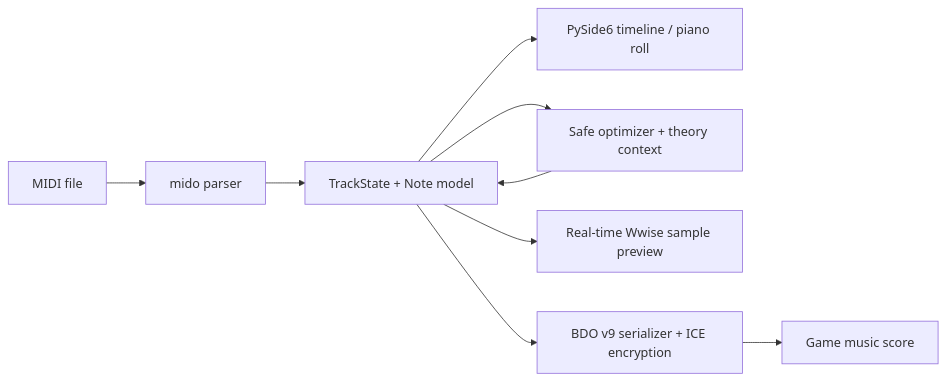
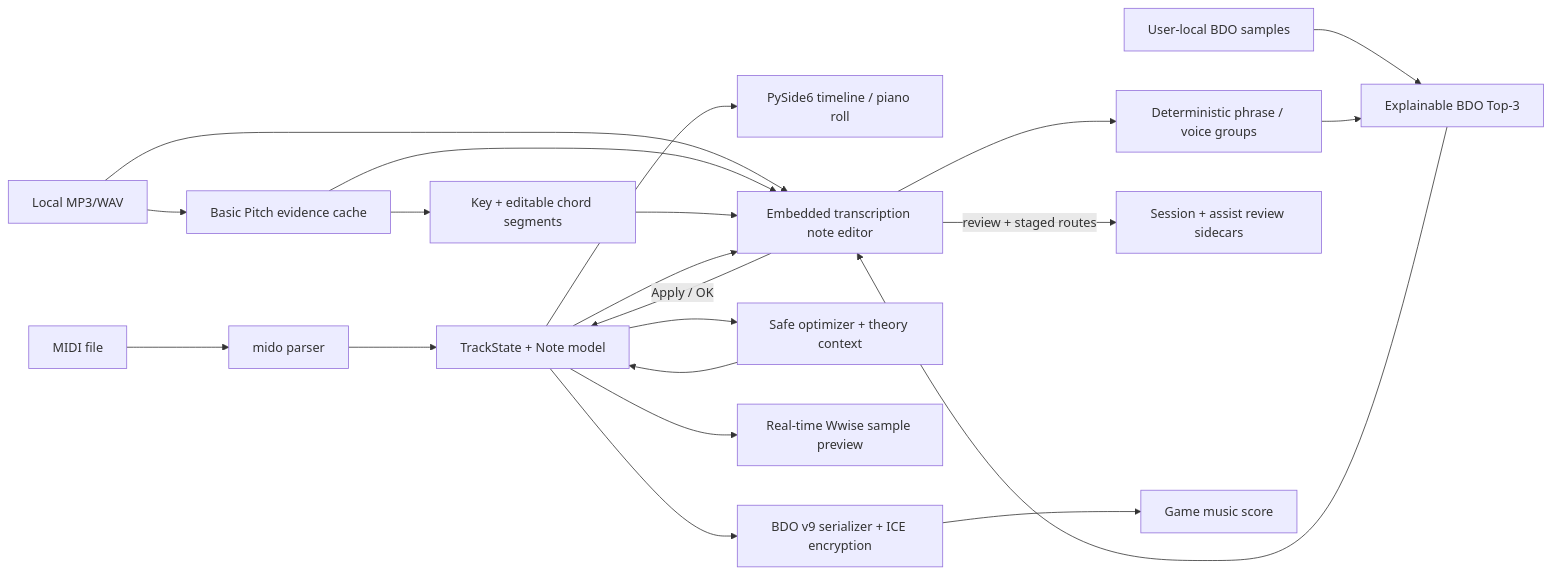
The diagram in README.md (CocoaMist/3007-BDO_Music_Composer), drawn with Mermaid before and after one commit. The commit also changed other lines of this file and 154 other files, not shown here.

````diff
--- a/README.md
+++ b/README.md
@@ -176,11 +250,23 @@
 ```mermaid
 flowchart LR
     MIDI["MIDI file"] --> Parse["mido parser"]
     Parse --> Model["TrackState + Note model"]
     Model --> UI["PySide6 timeline / piano roll"]
+    Audio["Local MP3/WAV"] --> Editor["Embedded transcription note editor"]
+    Audio --> Evidence["Basic Pitch evidence cache"]
+    Evidence --> Editor
+    Evidence --> Harmony["Key + editable chord segments"]
+    Editor --> Groups["Deterministic phrase / voice groups"]
+    Samples["User-local BDO samples"] --> Match["Explainable BDO Top-3"]
+    Groups --> Match
+    Match --> Editor
+    Harmony --> Editor
+    Model --> Editor
+    Editor -->|"review + staged routes"| Review["Session + assist review sidecars"]
+    Editor -->|"Apply / OK"| Model
     Model --> Optimize["Safe optimizer + theory context"]
     Optimize --> Model
     Model --> Preview["Real-time Wwise sample preview"]
     Model --> Export["BDO v9 serializer + ICE encryption"]
     Export --> Score["Game music score"]
 ```
````
